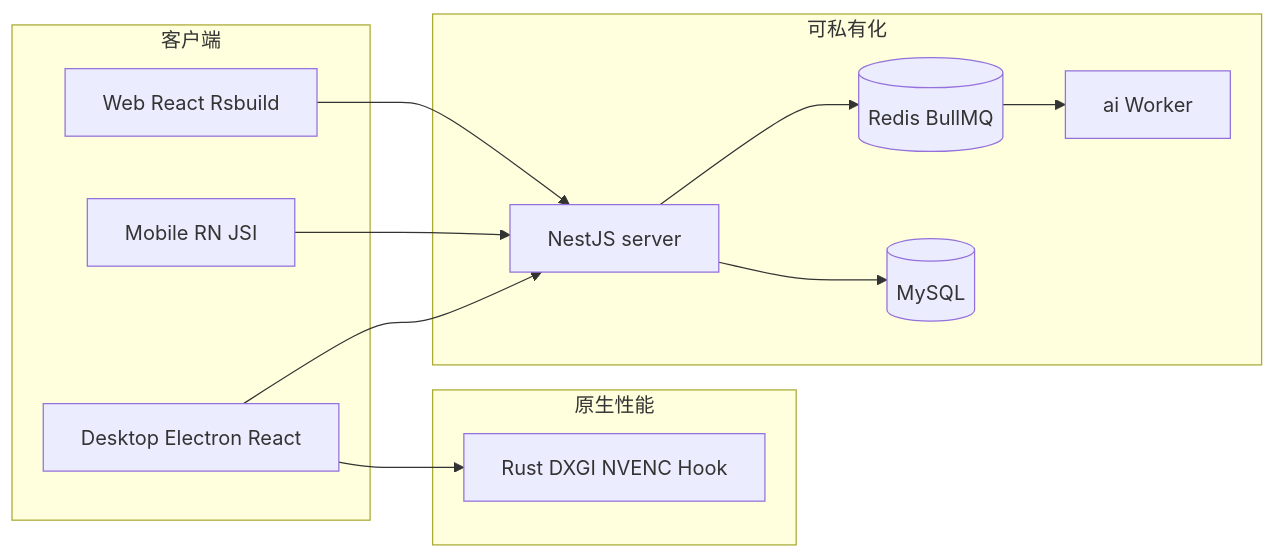
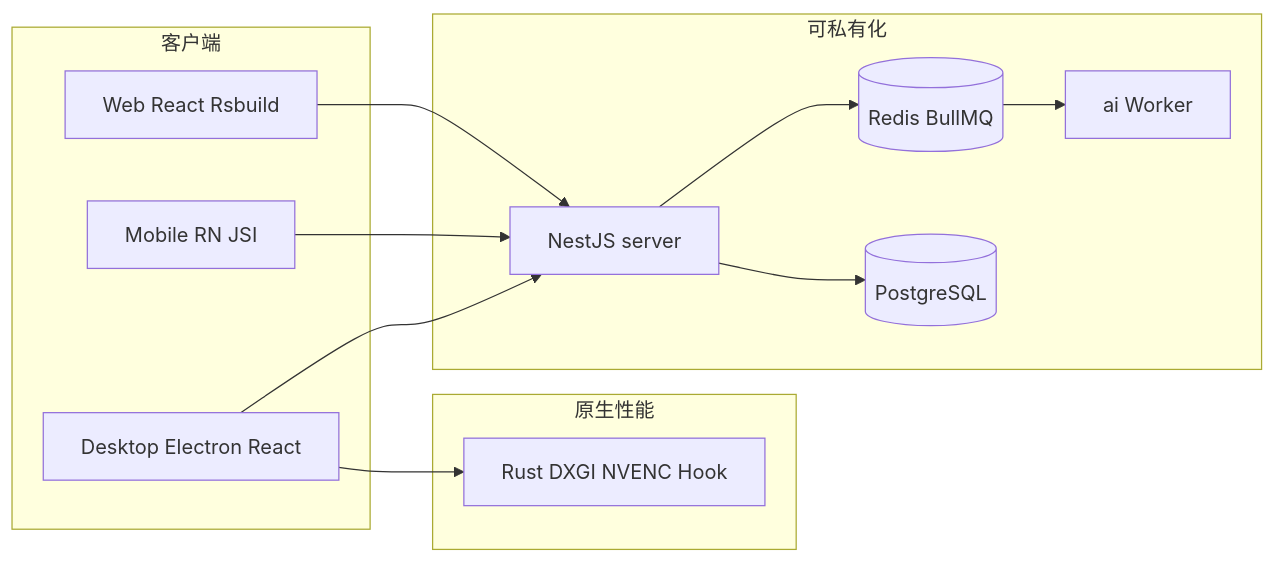
The diagram in docs/zh/architecture/tech-advantages.mdx (VistaRemote/docs), drawn with Mermaid before and after one commit. The commit also changed other lines of this file and 30 other files, not shown here.

````diff
--- a/docs/zh/architecture/tech-advantages.mdx
+++ b/docs/zh/architecture/tech-advantages.mdx
@@ -102,24 +102,24 @@
 ```mermaid
 flowchart LR
   subgraph clients [客户端]
     Web[Web React Rsbuild]
     Mob[Mobile RN JSI]
     Dkt[Desktop Electron React]
   end
   subgraph native [原生性能]
     Rust[Rust DXGI NVENC Hook]
   end
   subgraph cloud [可私有化]
     Srv[NestJS server]
     Redis[(Redis BullMQ)]
     AI[ai Worker]
-    DB[(MySQL)]
+    DB[(PostgreSQL)]
   end
   Web --> Srv
   Mob --> Srv
   Dkt --> Rust
   Dkt --> Srv
   Srv --> Redis
   Redis --> AI
   Srv --> DB
 ```
````
